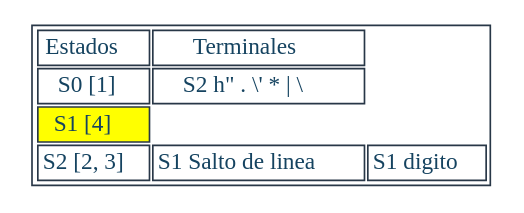
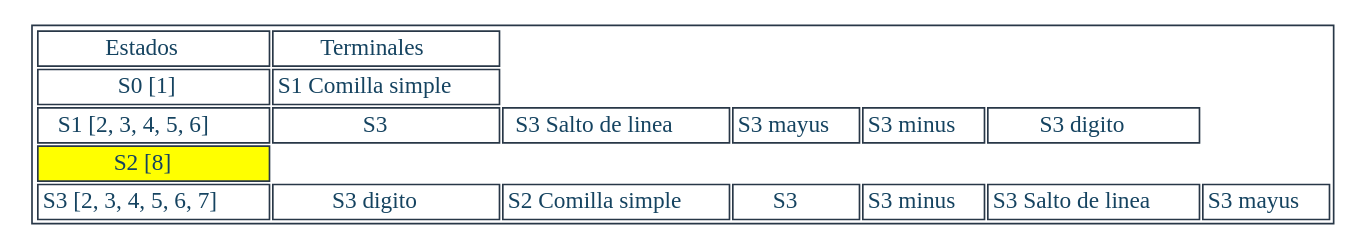
Before and after one commit to JeffMendez/OCL_Proyecto1_201901557: the diagram in Regexive/archivos/TRANSICIONES_201901557/EXP5.dot, drawn with Graphviz. The commit also changed 117 other files, not shown here.

```diff
--- a/Regexive/archivos/TRANSICIONES_201901557/EXP5.dot
+++ b/Regexive/archivos/TRANSICIONES_201901557/EXP5.dot
@@ -1,14 +1,14 @@
 digraph T {
 aHtmlTable [
    shape=plaintext
    color="#283747" fontcolor="#154360" label=<
 
    <table border='1' cellborder='1'>
    <tr>
       <td>Estados</td>
       <td>Terminales</td>
-   </tr><tr><td>S0 [1]</td><td>S2 h" . \' * | \</td></tr><tr><td bgcolor="yellow"> S1 [4]</td></tr><tr><td>S2 [2, 3]</td><td>S1 Salto de linea</td><td>S1 digito</td></tr></table>
+   </tr><tr><td>S0 [1]</td><td>S1 Comilla simple</td></tr><tr><td>S1 [2, 3, 4, 5, 6]</td><td>S3  </td><td>S3 Salto de linea</td><td>S3 mayus</td><td>S3 minus</td><td>S3 digito</td></tr><tr><td bgcolor="yellow"> S2 [8]</td></tr><tr><td>S3 [2, 3, 4, 5, 6, 7]</td><td>S3 digito</td><td>S2 Comilla simple</td><td>S3  </td><td>S3 minus</td><td>S3 Salto de linea</td><td>S3 mayus</td></tr></table>
 
    >]; 
 
 }
```
